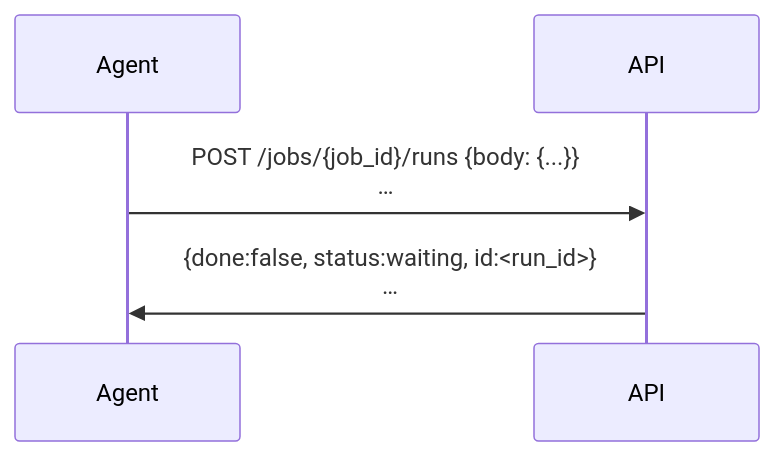
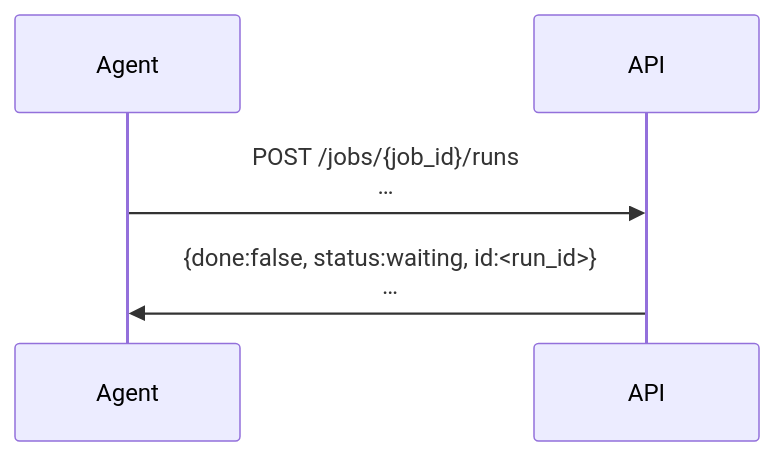
Before and after one commit to microbiomedata/nmdc-runtime: the first of 4 diagrams in docs/draft.md, drawn with Mermaid. The commit also changed other lines of this file, not shown here.

````diff
--- a/docs/draft.md
+++ b/docs/draft.md
@@ -32,7 +31,7 @@
 ```mermaid
 sequenceDiagram
     participant Agent
     participant API  
-    Agent->>API: POST /jobs/{job_id}/runs {body: {...}}<br/>…
+    Agent->>API: POST /jobs/{job_id}/runs <br/>…
     API->>Agent: {done:false, status:waiting, id:<run_id>}<br/>…
 ```
````
